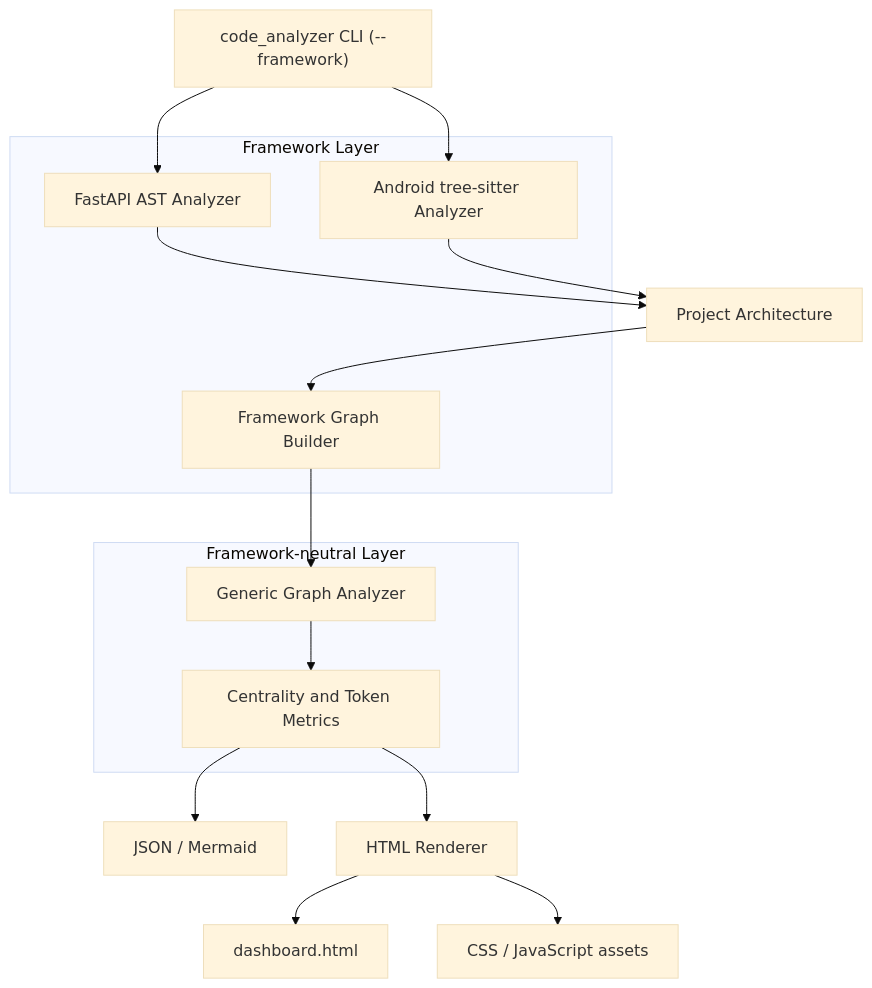
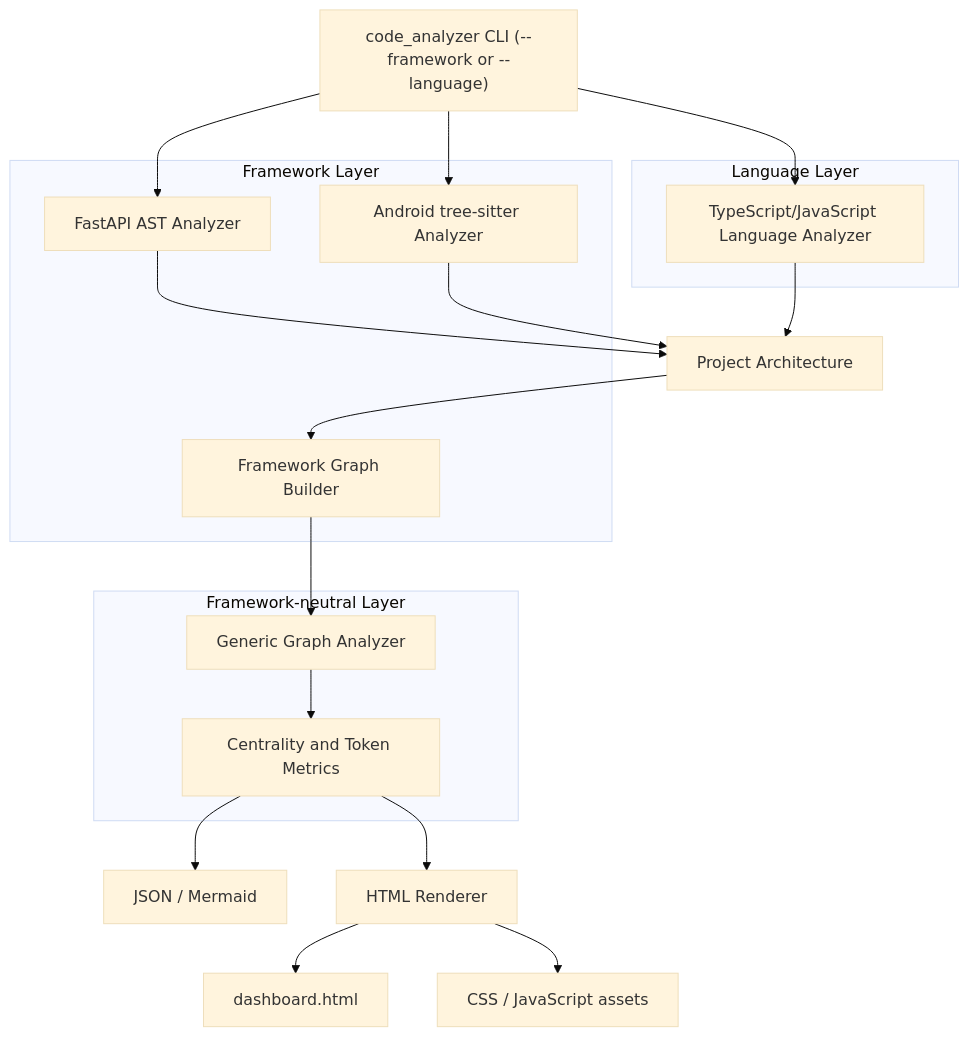
The second of 2 diagrams in README.md (Doggy-Footprint/Code-Analyzer-for-Agents), drawn with Mermaid (base theme) before and after one commit. The commit also changed other lines of this file and 35 other files, not shown here.

Commit message:
Add TypeScript language analyzer

````diff
--- a/README.md
+++ b/README.md
@@ -126,25 +132,31 @@
 ```mermaid
 flowchart TD
-    CLI["code_analyzer CLI (--framework)"] --> FA[FastAPI AST Analyzer]
+    CLI["code_analyzer CLI (--framework or --language)"] --> TS[TypeScript/JavaScript Language Analyzer]
+    CLI --> FA[FastAPI AST Analyzer]
     CLI --> AA[Android tree-sitter Analyzer]
-    FA --> PA[Project Architecture]
+    TS --> PA[Project Architecture]
+    FA --> PA
     AA --> PA
     PA --> GB[Framework Graph Builder]
     GB --> GA[Generic Graph Analyzer]
     GA --> M[Centrality and Token Metrics]
     M --> JSON[JSON / Mermaid]
     M --> HR[HTML Renderer]
     HR --> HTML[dashboard.html]
     HR --> ASSETS[CSS / JavaScript assets]
 
     subgraph Framework Layer
         FA
         AA
         GB
     end
 
+    subgraph Language Layer
+        TS
+    end
+
     subgraph Framework-neutral Layer
         GA
         M
     end
 ```
````
